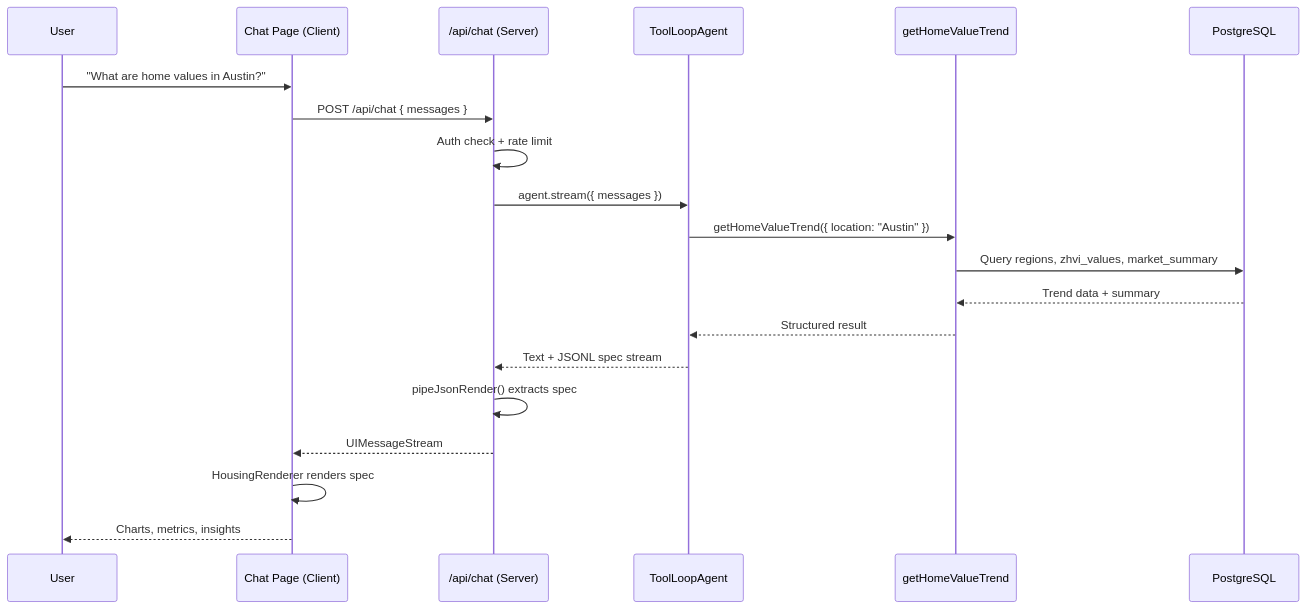
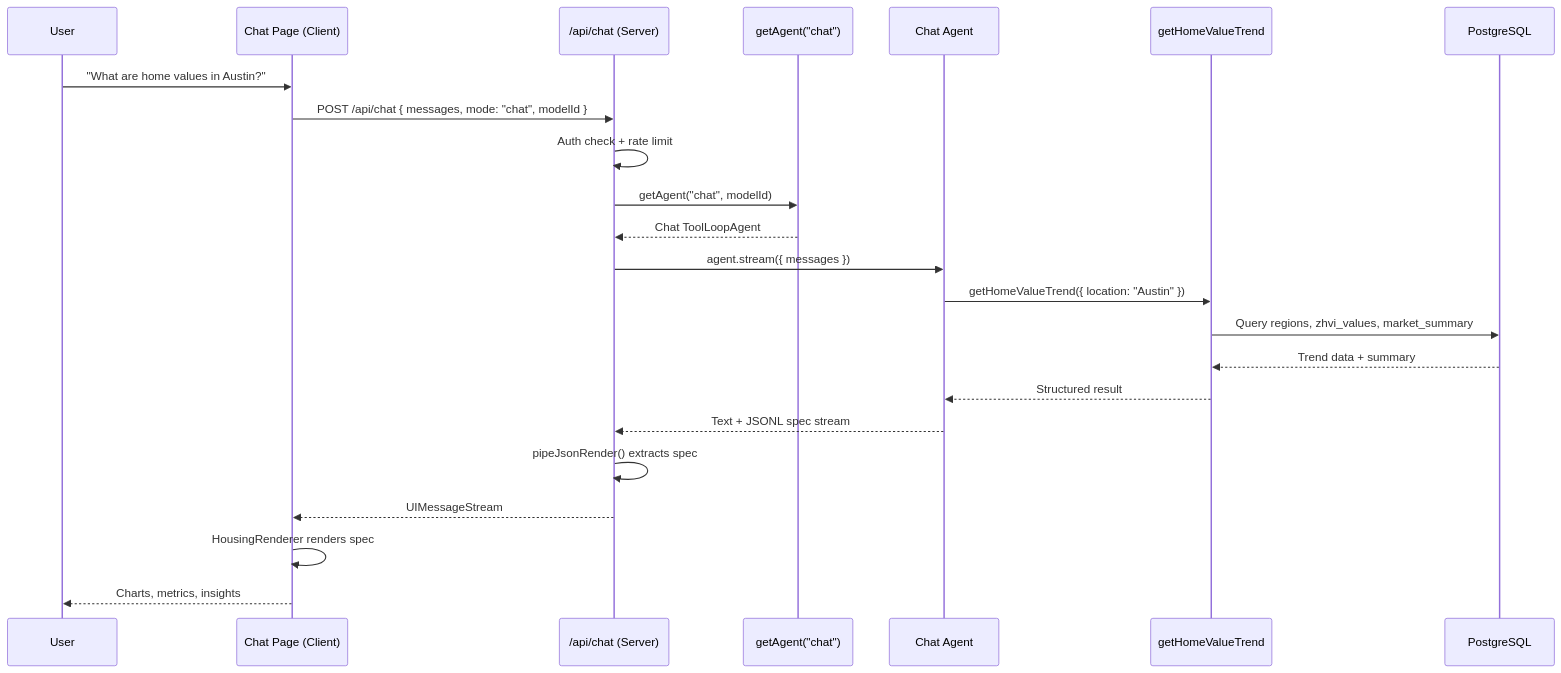
Before and after one commit to HousingIQ/housingiq-app: the first of 3 diagrams in webapp/src/content/docs/11-ai-chat.md, drawn with Mermaid. The commit also changed other lines of this file, not shown here.

Commit message:
update ai-chat doc

````diff
--- a/webapp/src/content/docs/11-ai-chat.md
+++ b/webapp/src/content/docs/11-ai-chat.md
@@ -9,23 +11,26 @@
 ```mermaid
 sequenceDiagram
     participant User
     participant ChatPage as Chat Page (Client)
     participant API as /api/chat (Server)
-    participant Agent as ToolLoopAgent
+    participant Factory as getAgent("chat")
+    participant Agent as Chat Agent
     participant Tool as getHomeValueTrend
     participant DB as PostgreSQL
 
     User->>ChatPage: "What are home values in Austin?"
-    ChatPage->>API: POST /api/chat { messages }
+    ChatPage->>API: POST /api/chat { messages, mode: "chat", modelId }
     API->>API: Auth check + rate limit
+    API->>Factory: getAgent("chat", modelId)
+    Factory-->>API: Chat ToolLoopAgent
     API->>Agent: agent.stream({ messages })
     Agent->>Tool: getHomeValueTrend({ location: "Austin" })
     Tool->>DB: Query regions, zhvi_values, market_summary
     DB-->>Tool: Trend data + summary
     Tool-->>Agent: Structured result
     Agent-->>API: Text + JSONL spec stream
     API->>API: pipeJsonRender() extracts spec
     API-->>ChatPage: UIMessageStream
     ChatPage->>ChatPage: HousingRenderer renders spec
     ChatPage-->>User: Charts, metrics, insights
 ```
````
